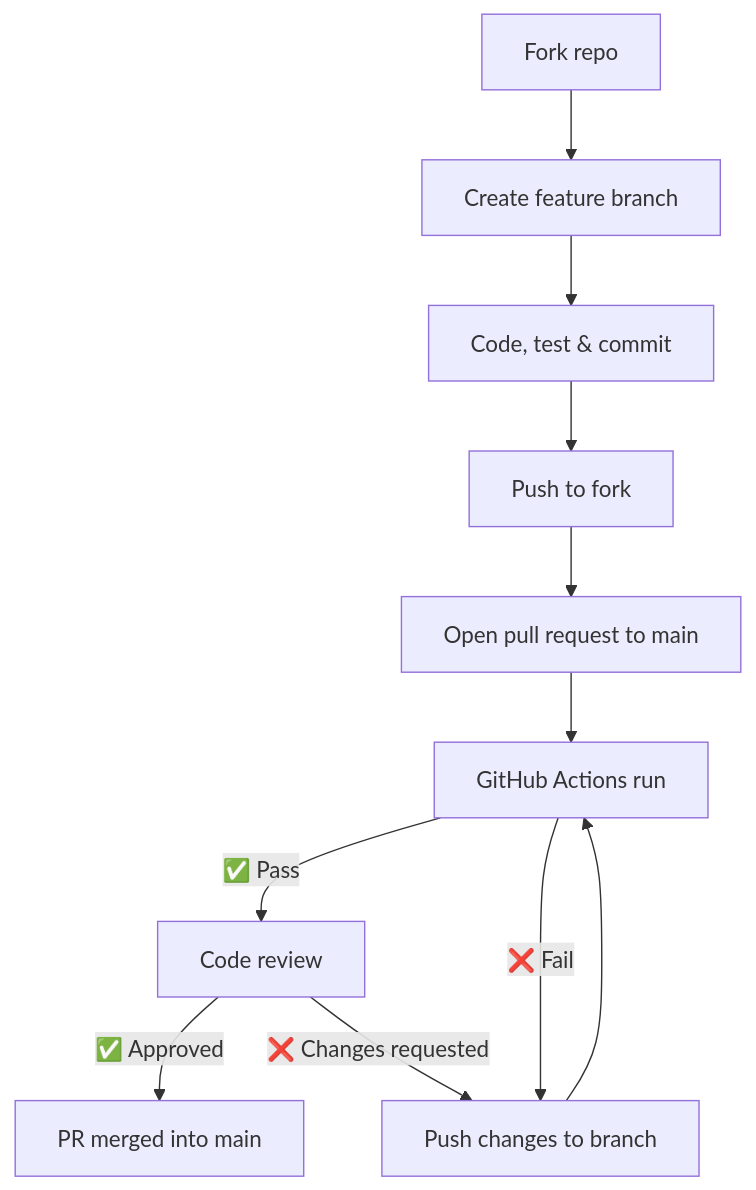
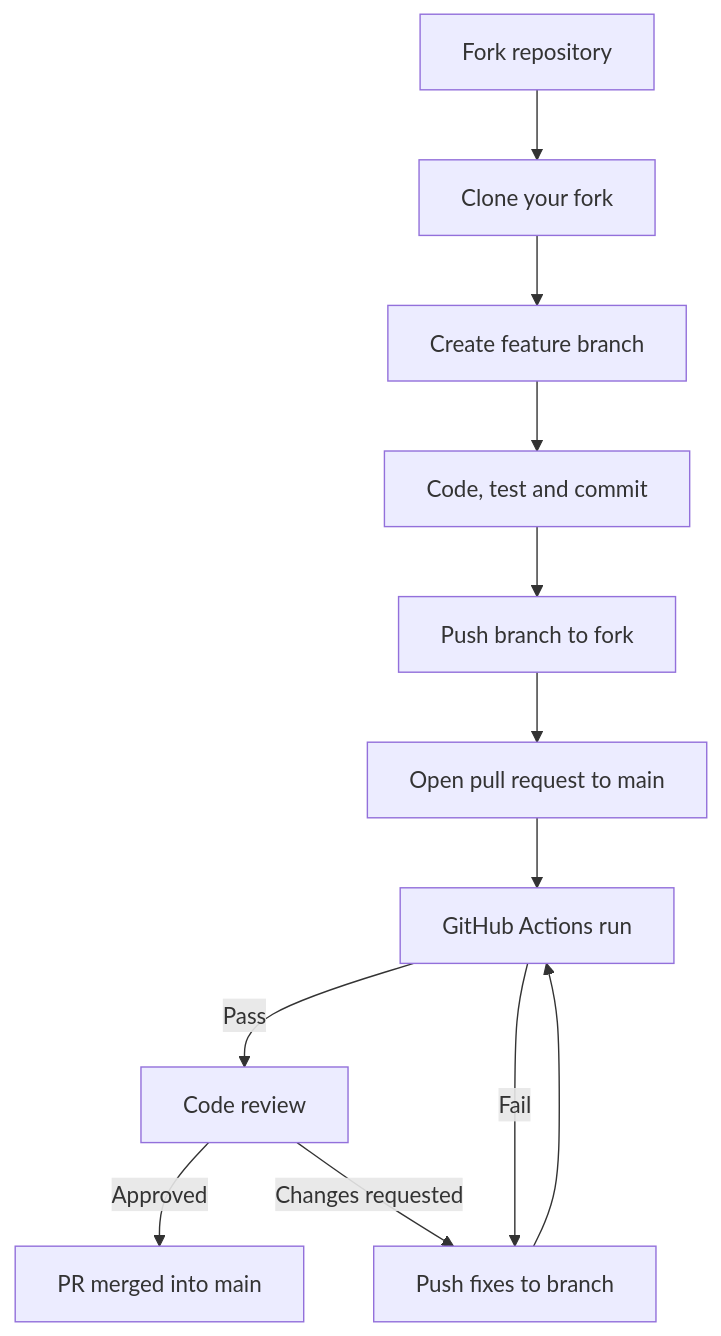
One commit to MichaelHallik/robotframework-xmlvalidator changed the diagram in docs/images/CONTRIBUTING-diagram.md. Above: the diagram before and after it, drawn with Mermaid. The commit also changed 20 other files, not shown here.

````diff
--- a/docs/images/CONTRIBUTING-diagram.md
+++ b/docs/images/CONTRIBUTING-diagram.md
@@ -1,15 +1,16 @@
 ```mermaid
 flowchart TD
-  A[Fork repo] --> B[Create feature branch]
-  B --> C[Code, test & commit]
-  C --> D[Push to fork]
-  D --> E[Open pull request to main]
-  E --> F[GitHub Actions run]
+  A[Fork repository] --> B[Clone your fork]
+  B --> C[Create feature branch]
+  C --> D[Code, test and commit]
+  D --> E[Push branch to fork]
+  E --> F[Open pull request to main]
+  F --> G[GitHub Actions run]
 
-  F -->|✅ Pass| G[Code review]
-  F -->|❌ Fail| L[Push changes to branch]
-  L --> F
+  G -->|Pass| H[Code review]
+  G -->|Fail| L[Push fixes to branch]
+  L --> G
 
-  G -->|✅ Approved| H[PR merged into main]
-  G -->|❌ Changes requested| L
+  H -->|Approved| I[PR merged into main]
+  H -->|Changes requested| L
 ```
````
